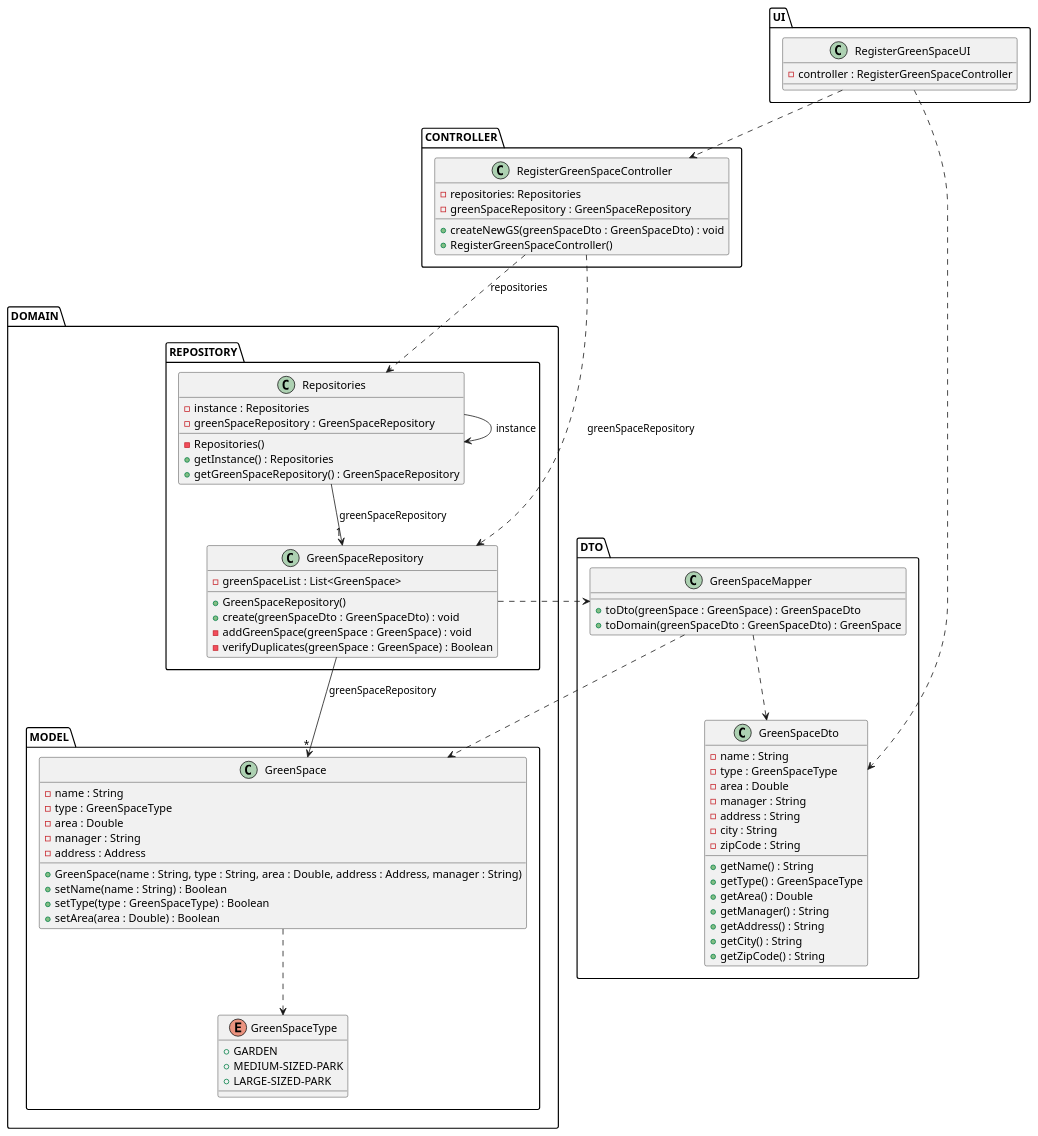
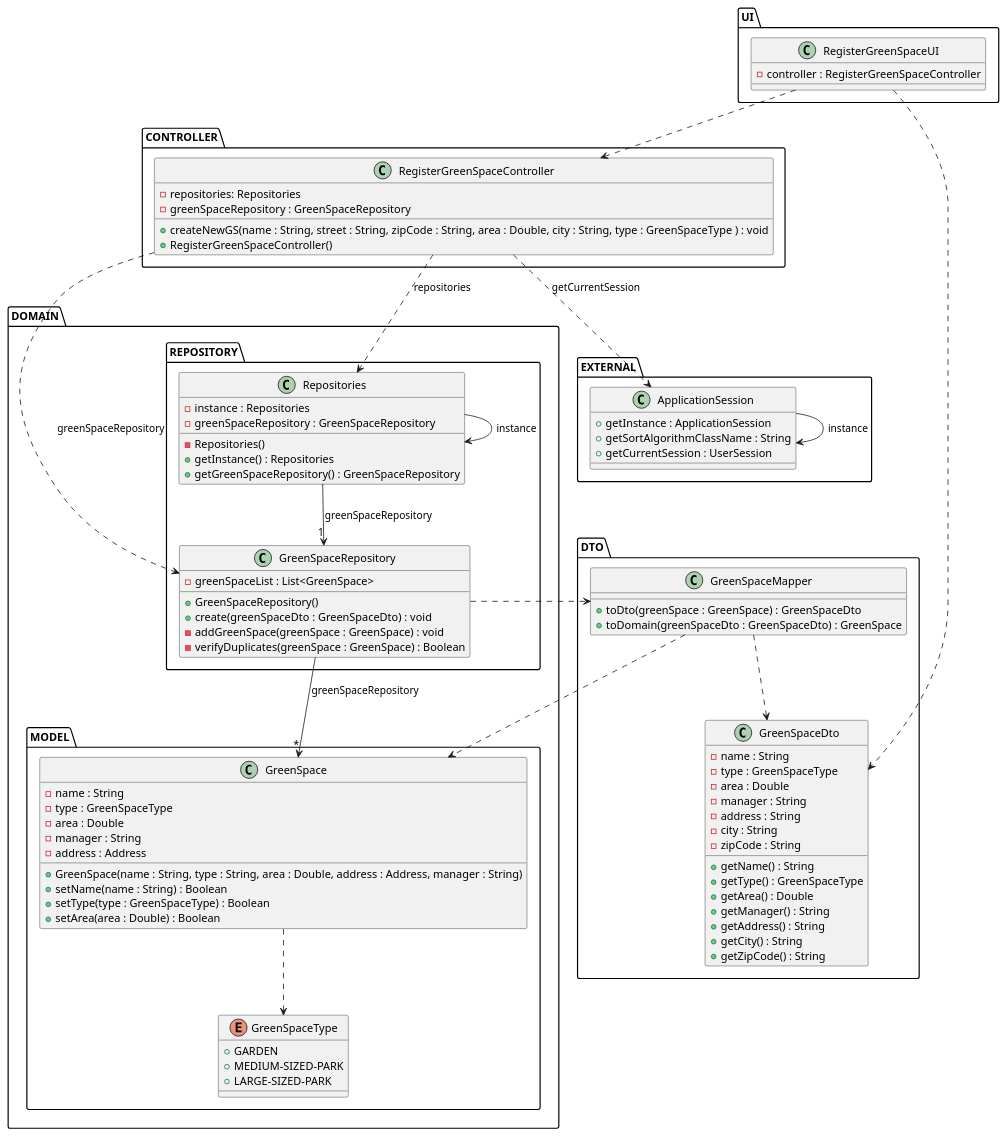
The diagram in docs/sprintC/us020/03.design/puml/us020-class-diagram.puml (ricardomm7/leaflink), drawn with PlantUML before and after one commit. The commit also changed 9 other files, not shown here.

```diff
--- a/docs/sprintC/us020/03.design/puml/us020-class-diagram.puml
+++ b/docs/sprintC/us020/03.design/puml/us020-class-diagram.puml
@@ -1,94 +1,104 @@
 @startuml
 skinparam shadowing false
 skinparam line type polyline
 
 'left to right direction
 package UI {
     class RegisterGreenSpaceUI {
         - controller : RegisterGreenSpaceController
     }
 }
 
 package CONTROLLER {
     class RegisterGreenSpaceController {
         - repositories: Repositories
         - greenSpaceRepository : GreenSpaceRepository
-        + createNewGS(greenSpaceDto : GreenSpaceDto) : void
+        + createNewGS(name : String, street : String, zipCode : String, area : Double, city : String, type : GreenSpaceType ) : void
         + RegisterGreenSpaceController()
     }
 }
 
 package DOMAIN {
 package REPOSITORY {
     class Repositories {
         - instance : Repositories
         - greenSpaceRepository : GreenSpaceRepository
         - Repositories()
         + getInstance() : Repositories
         + getGreenSpaceRepository() : GreenSpaceRepository
     }
 
     class GreenSpaceRepository {
         - greenSpaceList : List<GreenSpace>
         + GreenSpaceRepository()
         + create(greenSpaceDto : GreenSpaceDto) : void
         - addGreenSpace(greenSpace : GreenSpace) : void
         - verifyDuplicates(greenSpace : GreenSpace) : Boolean
     }
     }
 package MODEL{
     class GreenSpace {
         - name : String
         - type : GreenSpaceType
         - area : Double
         - manager : String
         - address : Address
         + GreenSpace(name : String, type : String, area : Double, address : Address, manager : String)
         + setName(name : String) : Boolean
         + setType(type : GreenSpaceType) : Boolean
         + setArea(area : Double) : Boolean
     }
        enum GreenSpaceType{
        +GARDEN
        +MEDIUM-SIZED-PARK
        +LARGE-SIZED-PARK
        }
 }
 }
 package DTO{
     class GreenSpaceDto{
         - name : String
         - type : GreenSpaceType
         - area : Double
         - manager : String
         - address : String
         - city : String
         - zipCode : String
         + getName() : String
         + getType() : GreenSpaceType
         + getArea() : Double
         + getManager() : String
         + getAddress() : String
         + getCity() : String
         + getZipCode() : String
     }
 
     class GreenSpaceMapper{
         +toDto(greenSpace : GreenSpace) : GreenSpaceDto
         +toDomain(greenSpaceDto : GreenSpaceDto) : GreenSpace
     }
     }
+    package EXTERNAL{
+    class ApplicationSession{
+            +getInstance : ApplicationSession
+            +getSortAlgorithmClassName : String
+            +getCurrentSession : UserSession
+    }
+    }
 
 RegisterGreenSpaceUI ..> RegisterGreenSpaceController
 RegisterGreenSpaceController ..> Repositories: repositories
 Repositories --> Repositories: instance
 RegisterGreenSpaceController ..> GreenSpaceRepository: greenSpaceRepository
 Repositories --> "1"GreenSpaceRepository: greenSpaceRepository
 GreenSpaceRepository -->"*" GreenSpace: greenSpaceRepository
 RegisterGreenSpaceUI ..> GreenSpaceDto
 GreenSpaceRepository ..> GreenSpaceMapper
 GreenSpaceMapper ..> GreenSpace
 GreenSpaceMapper ..> GreenSpaceDto
 GreenSpace ..> GreenSpaceType
+ApplicationSession --> ApplicationSession: instance
+
+RegisterGreenSpaceController ..> ApplicationSession  : getCurrentSession
 
 @enduml
```
